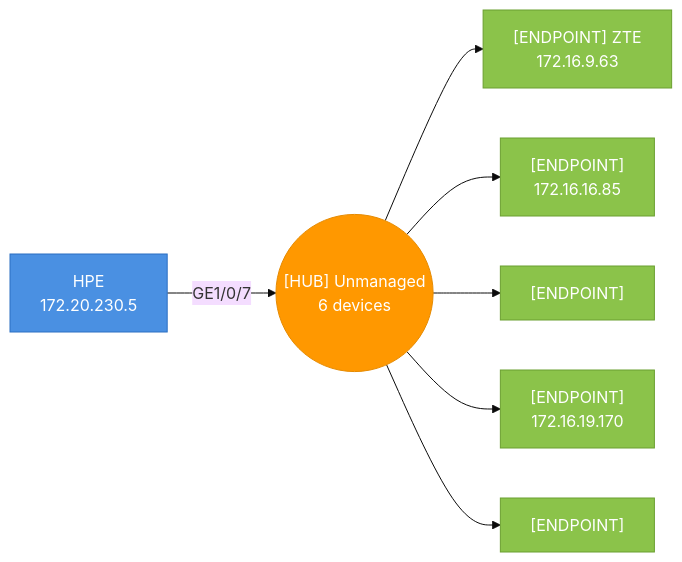
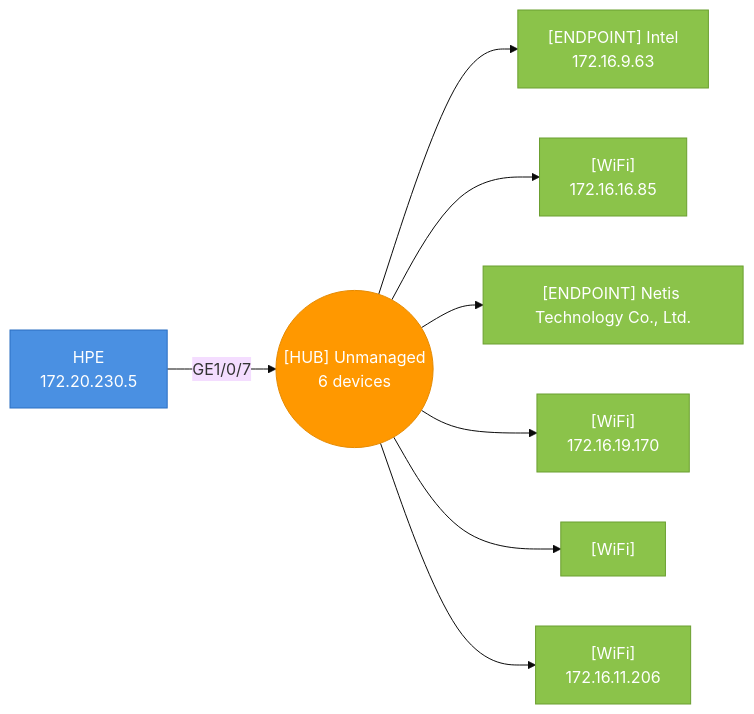
Before and after one commit to djamic/LLDP-Skanner-Go: diagram 12 of 51 in testdata/golden/report_esxi_sections.md, drawn with Mermaid (base theme). The commit also changed other lines of this file and 16 other files, not shown here.

````diff
--- a/testdata/golden/report_esxi_sections.md
+++ b/testdata/golden/report_esxi_sections.md
@@ -283,23 +319,26 @@
 ```mermaid
 graph LR
   hub_4caea3a218ec_p7(("[HUB] Unmanaged<br>6 devices"))
   4caea3a218ec["HPE<br>172.20.230.5"]
   4caea3a218ec-- "GE1/0/7" -->hub_4caea3a218ec_p7
   style 4caea3a218ec fill:#4A90E2,stroke:#2A6FC2,color:#fff
-  14857fccb76c["[ENDPOINT] ZTE<br>172.16.9.63"]
+  14857fccb76c["[ENDPOINT] Intel<br>172.16.9.63"]
   hub_4caea3a218ec_p7-->14857fccb76c
   style 14857fccb76c fill:#8BC34A,stroke:#6B9F30,color:#fff
-  3609c6c1053b["[ENDPOINT]<br>172.16.16.85"]
+  3609c6c1053b["[WiFi]<br>172.16.16.85"]
   hub_4caea3a218ec_p7-->3609c6c1053b
   style 3609c6c1053b fill:#8BC34A,stroke:#6B9F30,color:#fff
-  64eeb7a7d170["[ENDPOINT]"]
+  64eeb7a7d170["[ENDPOINT] Netis Technology Co., Ltd."]
   hub_4caea3a218ec_p7-->64eeb7a7d170
   style 64eeb7a7d170 fill:#8BC34A,stroke:#6B9F30,color:#fff
-  7aaad80032bf["[ENDPOINT]<br>172.16.19.170"]
+  7aaad80032bf["[WiFi]<br>172.16.19.170"]
   hub_4caea3a218ec_p7-->7aaad80032bf
   style 7aaad80032bf fill:#8BC34A,stroke:#6B9F30,color:#fff
-  aaa395632235["[ENDPOINT]"]
+  aaa395632235["[WiFi]"]
   hub_4caea3a218ec_p7-->aaa395632235
   style aaa395632235 fill:#8BC34A,stroke:#6B9F30,color:#fff
+  f23285d256dd["[WiFi]<br>172.16.11.206"]
+  hub_4caea3a218ec_p7-->f23285d256dd
+  style f23285d256dd fill:#8BC34A,stroke:#6B9F30,color:#fff
   style hub_4caea3a218ec_p7 fill:#FF9800,stroke:#E68A00,color:#fff
 ```
````
